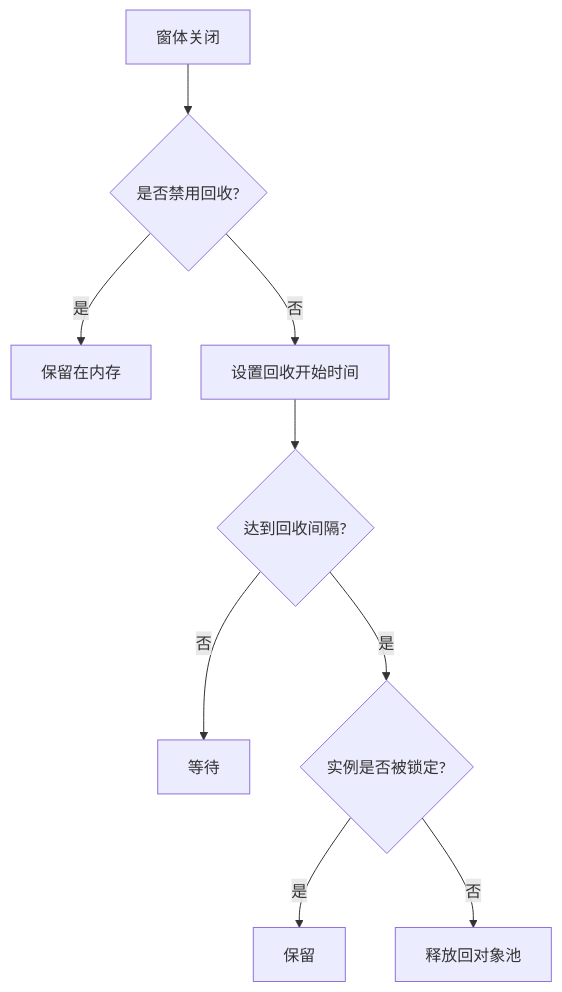
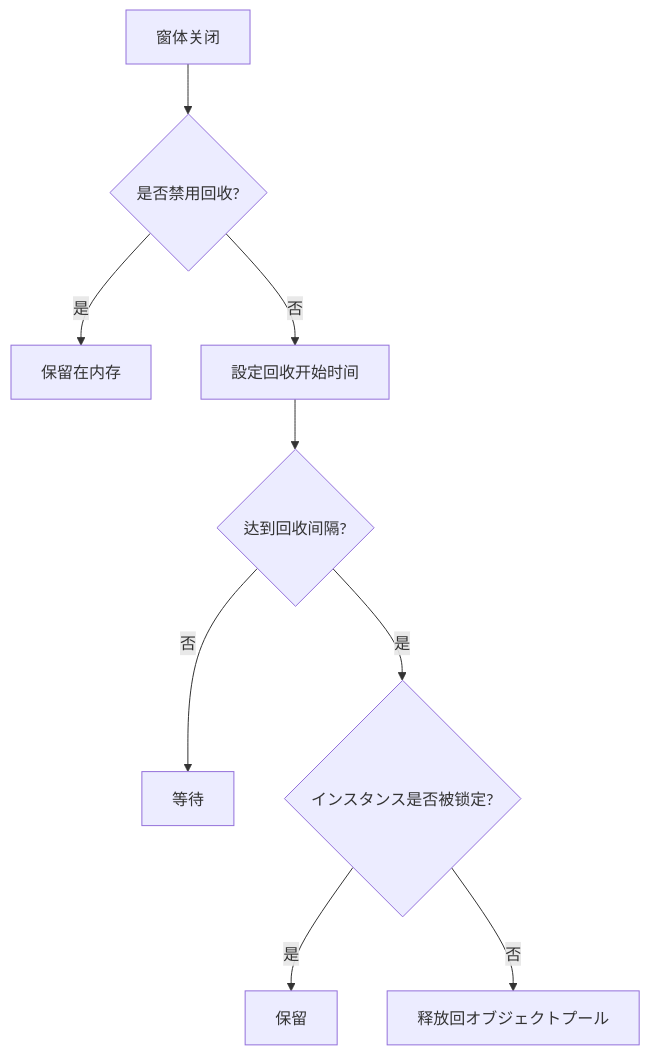
The fourth of 4 diagrams in docs/ja/client/unity/component/ui/06.ui-form.md (AlianBlank/GameFrameX.Docs), drawn with Mermaid before and after one commit. The commit also changed other lines of this file and 603 other files, not shown here.

````diff
--- a/docs/ja/client/unity/component/ui/06.ui-form.md
+++ b/docs/ja/client/unity/component/ui/06.ui-form.md
@@ -175,11 +175,11 @@
 ```mermaid
 flowchart TD
     A[窗体关闭] --> B{是否禁用回收?}
     B -->|是| C[保留在内存]
-    B -->|否| D[设置回收开始时间]
+    B -->|否| D[設定回收开始时间]
     D --> E{达到回收间隔?}
     E -->|否| F[等待]
-    E -->|是| G{实例是否被锁定?}
+    E -->|是| G{インスタンス是否被锁定?}
     G -->|是| H[保留]
-    G -->|否| I[释放回对象池]
+    G -->|否| I[释放回オブジェクトプール]
 ```
````
